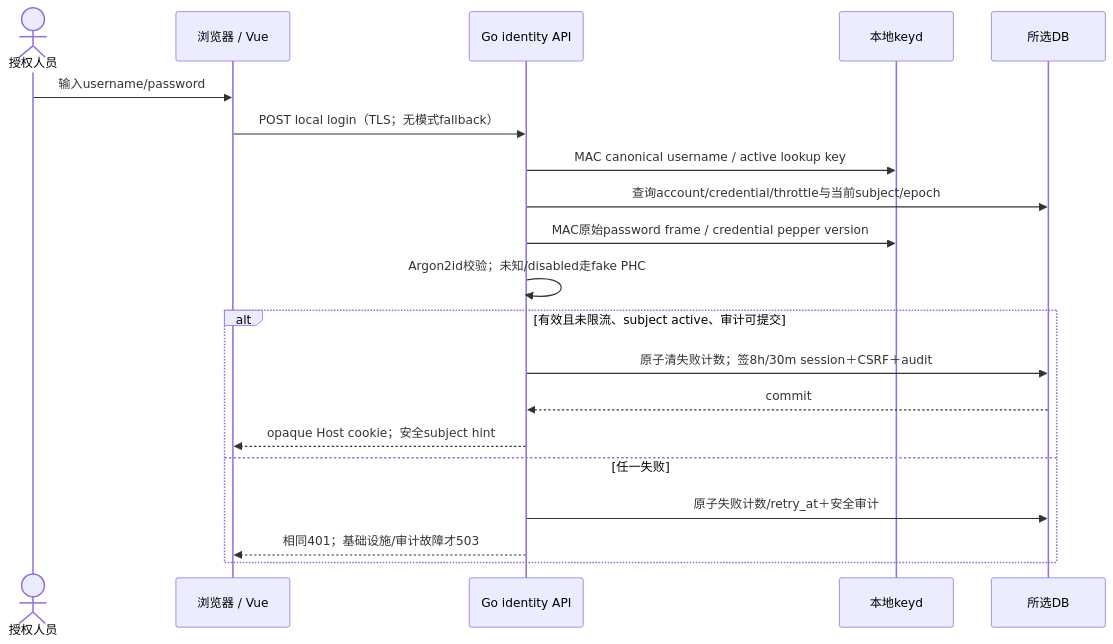
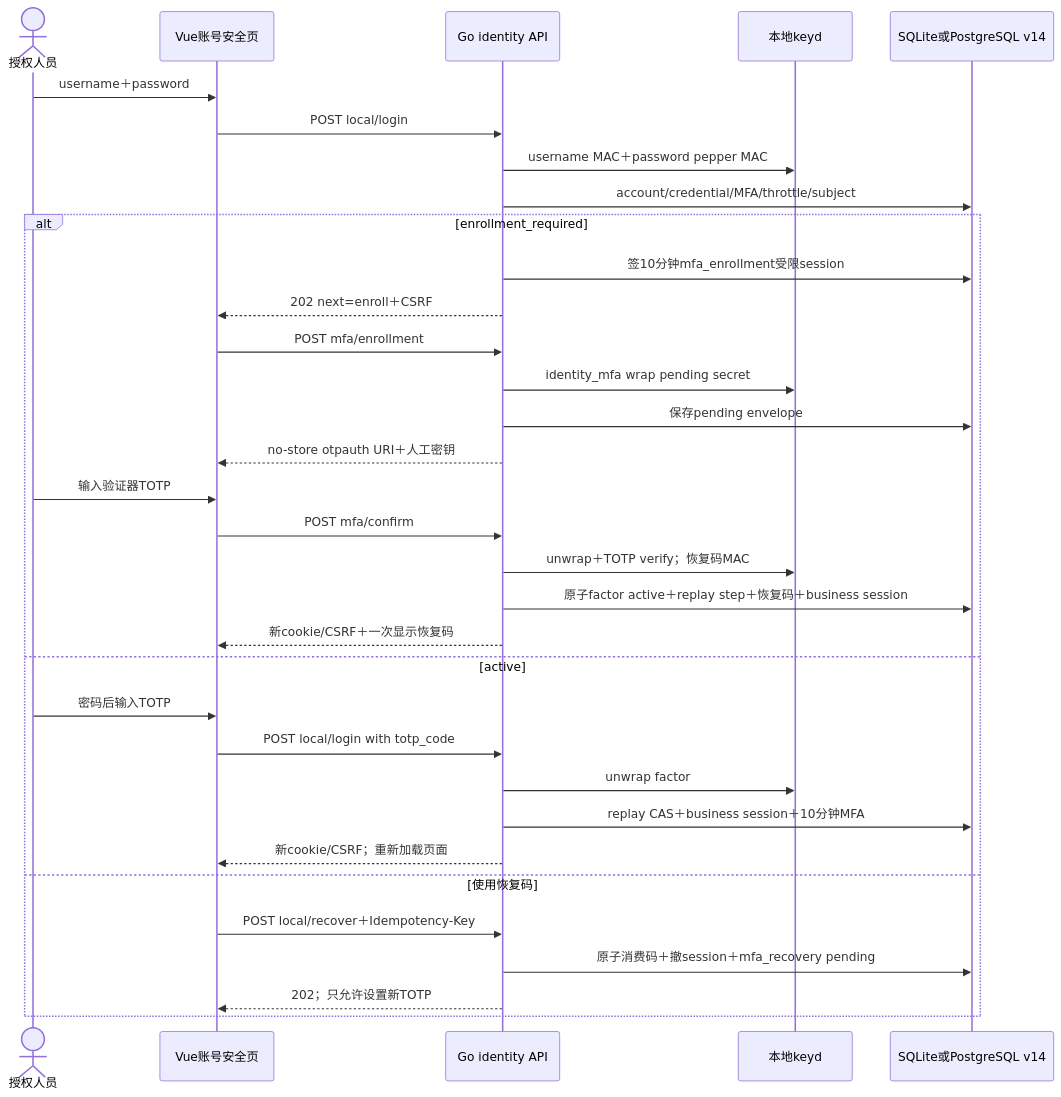
Diagram 11 of 14 in docs/TECHNICAL_SPEC.md (r404r/team-ledger-pub), drawn with Mermaid before and after one commit. The commit also changed other lines of this file and 11 other files, not shown here.

Commit message:
feat: complete local totp deployment

````diff
--- a/docs/TECHNICAL_SPEC.md
+++ b/docs/TECHNICAL_SPEC.md
@@ -1022,22 +1030,35 @@
 ```mermaid
 sequenceDiagram
     actor human as 授权人员
-    participant vue as 浏览器 / Vue
+    participant vue as Vue账号安全页
     participant api as Go identity API
     participant keyd as 本地keyd
-    participant db as 所选DB
-    human->>vue: 输入username/password
-    vue->>api: POST local login（TLS；无模式fallback）
-    api->>keyd: MAC canonical username / active lookup key
-    api->>db: 查询account/credential/throttle与当前subject/epoch
-    api->>keyd: MAC原始password frame / credential pepper version
-    api->>api: Argon2id校验；未知/disabled走fake PHC
-    alt 有效且未限流、subject active、审计可提交
-        api->>db: 原子清失败计数；签8h/30m session＋CSRF＋audit
-        db-->>api: commit
-        api-->>vue: opaque Host cookie；安全subject hint
-    else 任一失败
-        api->>db: 原子失败计数/retry_at＋安全审计
-        api-->>vue: 相同401；基础设施/审计故障才503
+    participant db as SQLite或PostgreSQL v14
+    human->>vue: username＋password
+    vue->>api: POST local/login
+    api->>keyd: username MAC＋password pepper MAC
+    api->>db: account/credential/MFA/throttle/subject
+    alt enrollment_required
+        api->>db: 签10分钟mfa_enrollment受限session
+        api-->>vue: 202 next=enroll＋CSRF
+        vue->>api: POST mfa/enrollment
+        api->>keyd: identity_mfa wrap pending secret
+        api->>db: 保存pending envelope
+        api-->>vue: no-store otpauth URI＋人工密钥
+        human->>vue: 输入验证器TOTP
+        vue->>api: POST mfa/confirm
+        api->>keyd: unwrap＋TOTP verify；恢复码MAC
+        api->>db: 原子factor active＋replay step＋恢复码＋business session
+        api-->>vue: 新cookie/CSRF＋一次显示恢复码
+    else active
+        human->>vue: 密码后输入TOTP
+        vue->>api: POST local/login with totp_code
+        api->>keyd: unwrap factor
+        api->>db: replay CAS＋business session＋10分钟MFA
+        api-->>vue: 新cookie/CSRF；重新加载页面
+    else 使用恢复码
+        vue->>api: POST local/recover＋Idempotency-Key
+        api->>db: 原子消费码＋撤session＋mfa_recovery pending
+        api-->>vue: 202；只允许设置新TOTP
     end
 ```
````
